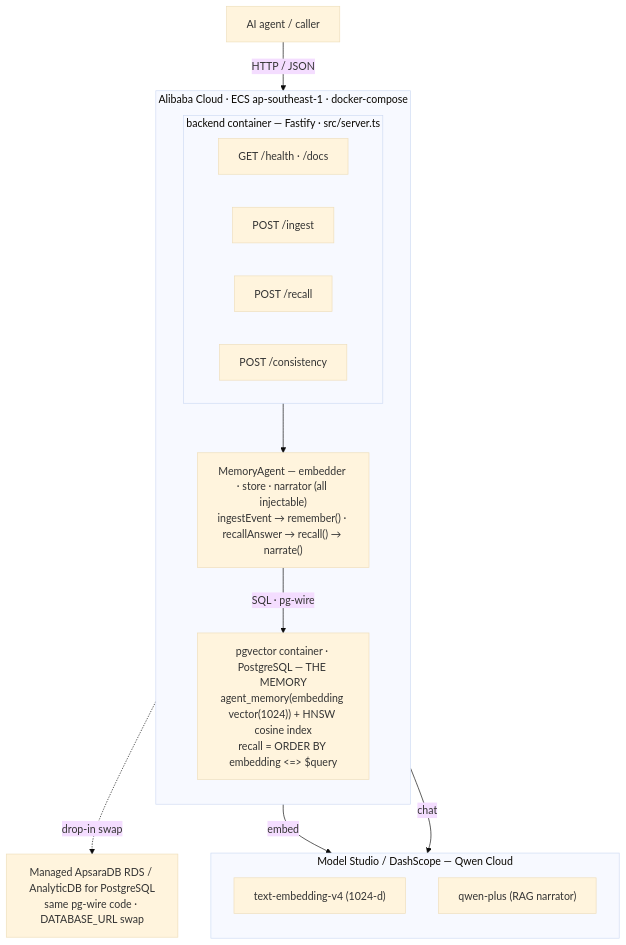
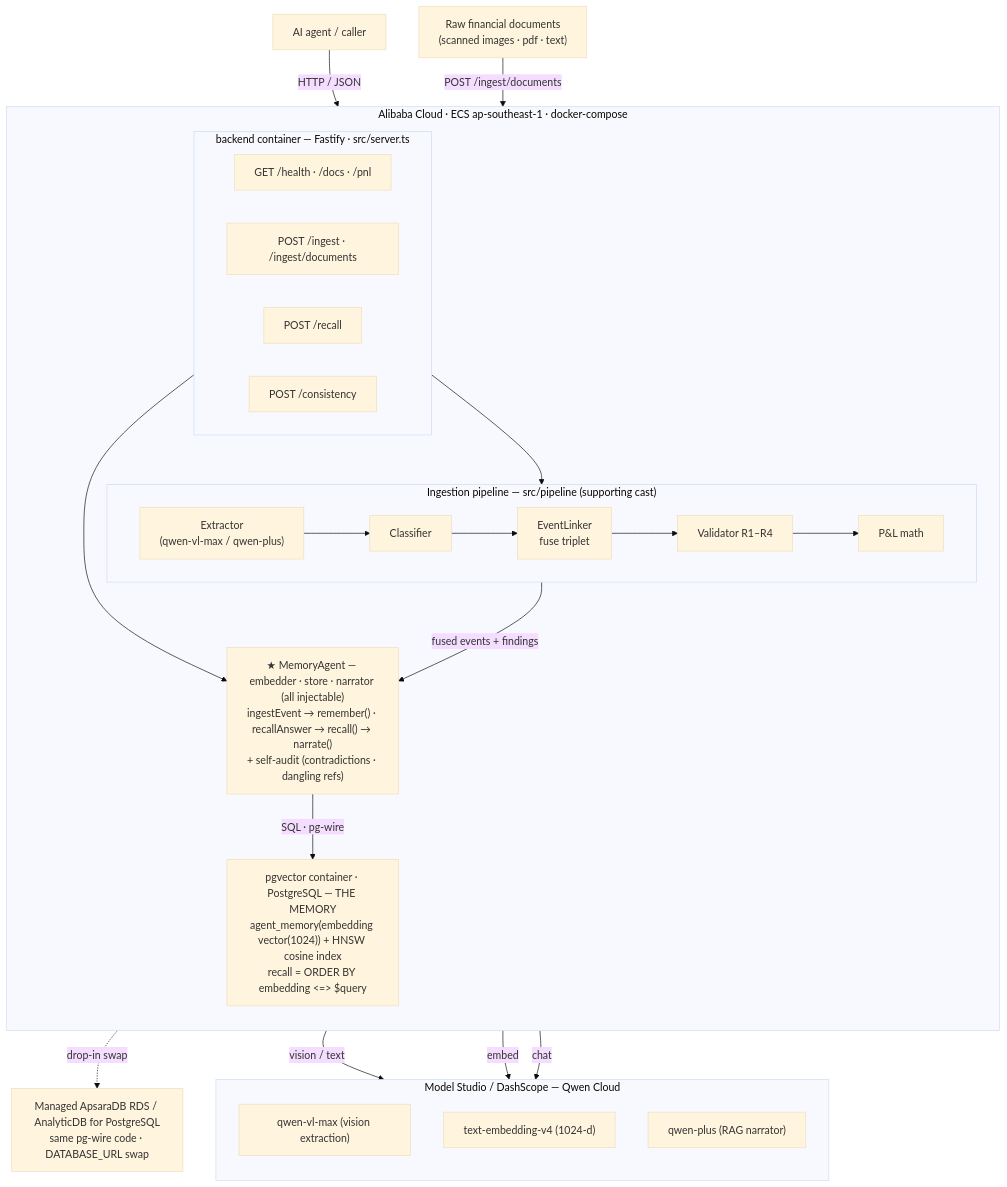
Before and after one commit to upgradedev/archon-qwen-memoryagent: the diagram in README.md, drawn with Mermaid (base theme). The commit also changed other lines of this file and 22 other files, not shown here.

First line of the commit message:
feat(pipeline): document-ingestion pipeline that feeds the MemoryAgent

````diff
--- a/README.md
+++ b/README.md
@@ -162,32 +183,47 @@
 ```mermaid
 flowchart TB
     Agent["AI agent / caller"]
+    Docs["Raw financial documents<br/>(scanned images · pdf · text)"]
 
     subgraph ECS["Alibaba Cloud · ECS ap-southeast-1 · docker-compose"]
         direction TB
         subgraph API["backend container — Fastify · src/server.ts"]
             direction LR
-            H["GET /health · /docs"]
-            I["POST /ingest"]
+            H["GET /health · /docs · /pnl"]
+            I["POST /ingest · /ingest/documents"]
             R["POST /recall"]
             C["POST /consistency"]
         end
-        MA["MemoryAgent — embedder · store · narrator (all injectable)<br/>ingestEvent → remember() · recallAnswer → recall() → narrate()"]
+        subgraph PIPE["Ingestion pipeline — src/pipeline (supporting cast)"]
+            direction LR
+            EX["Extractor<br/>(qwen-vl-max / qwen-plus)"]
+            CL["Classifier"]
+            EL["EventLinker<br/>fuse triplet"]
+            VA["Validator R1–R4"]
+            PN["P&amp;L math"]
+            EX --> CL --> EL --> VA --> PN
+        end
+        MA["★ MemoryAgent — embedder · store · narrator (all injectable)<br/>ingestEvent → remember() · recallAnswer → recall() → narrate()<br/>+ self-audit (contradictions · dangling refs)"]
         DB["pgvector container · PostgreSQL — THE MEMORY<br/>agent_memory(embedding vector(1024)) + HNSW cosine index<br/>recall = ORDER BY embedding &lt;=&gt; $query"]
     end
 
     subgraph QWEN["Model Studio / DashScope — Qwen Cloud"]
         direction TB
+        VL["qwen-vl-max (vision extraction)"]
         EMB["text-embedding-v4 (1024-d)"]
         LLM["qwen-plus (RAG narrator)"]
     end
 
     RDS["Managed ApsaraDB RDS / AnalyticDB for PostgreSQL<br/>same pg-wire code · DATABASE_URL swap"]
 
     Agent -->|HTTP / JSON| API
+    Docs -->|POST /ingest/documents| API
+    API --> PIPE
     API --> MA
+    PIPE -->|fused events + findings| MA
+    EX -->|vision / text| VL
     MA -->|embed| EMB
     MA -->|chat| LLM
     MA -->|SQL · pg-wire| DB
     DB -. drop-in swap .-> RDS
 ```
````
